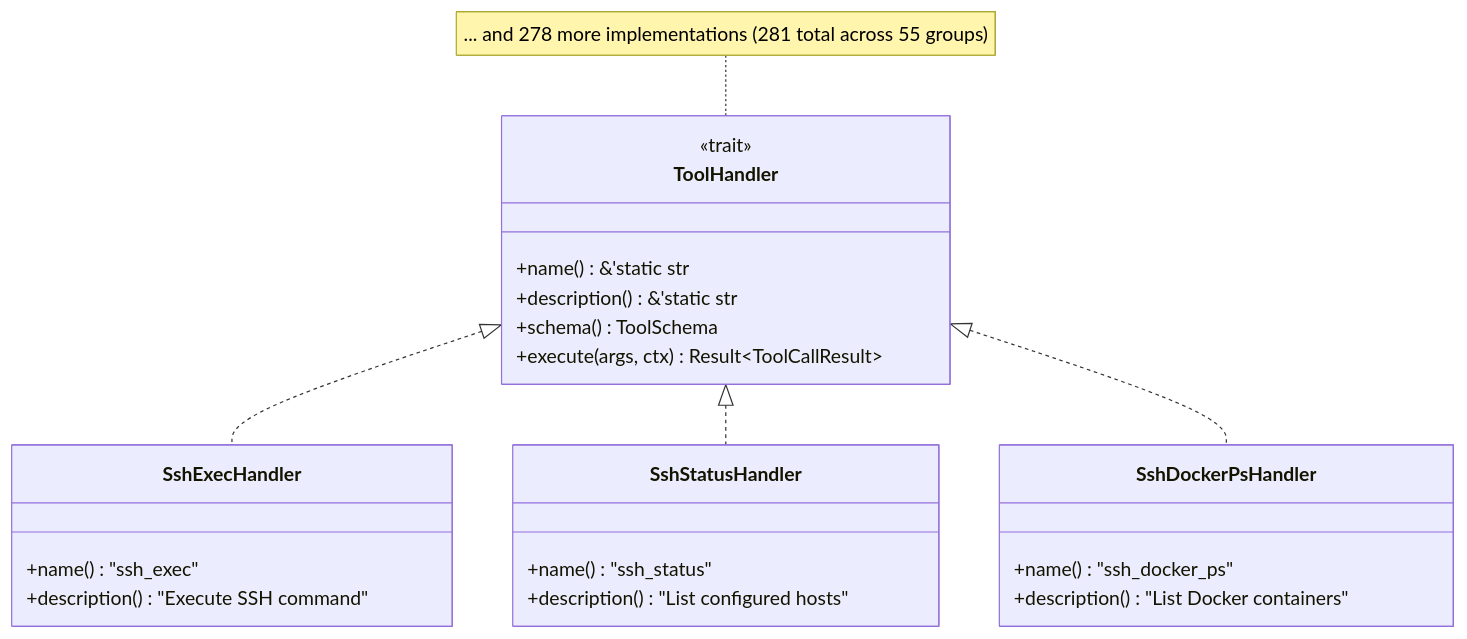
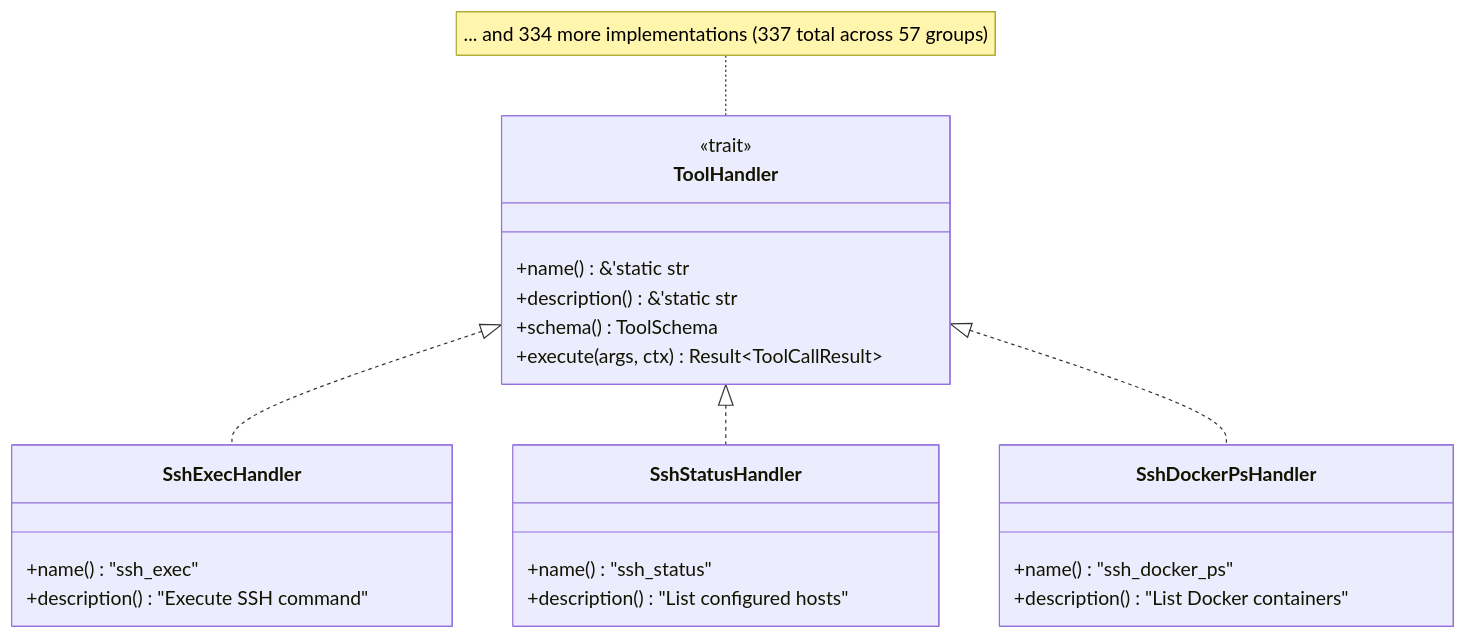
The second of 5 diagrams in src/ports/README.md (muchiny/mcp-ssh-bridge), drawn with Mermaid before and after one commit. The commit also changed other lines of this file and 13 other files, not shown here.

````diff
--- a/src/ports/README.md
+++ b/src/ports/README.md
@@ -79,31 +79,31 @@
 ```mermaid
 classDiagram
     class ToolHandler {
         <<trait>>
         +name() &'static str
         +description() &'static str
         +schema() ToolSchema
         +execute(args, ctx) Result~ToolCallResult~
     }
 
     class SshExecHandler {
         +name() "ssh_exec"
         +description() "Execute SSH command"
     }
 
     class SshStatusHandler {
         +name() "ssh_status"
         +description() "List configured hosts"
     }
 
     class SshDockerPsHandler {
         +name() "ssh_docker_ps"
         +description() "List Docker containers"
     }
 
     ToolHandler <|.. SshExecHandler
     ToolHandler <|.. SshStatusHandler
     ToolHandler <|.. SshDockerPsHandler
 
-    note for ToolHandler "... and 278 more implementations (281 total across 55 groups)"
+    note for ToolHandler "... and 334 more implementations (337 total across 57 groups)"
 ```
````
